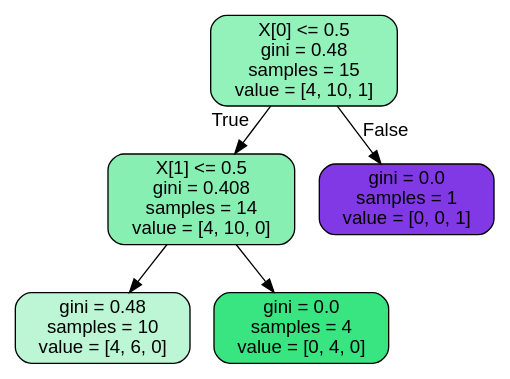
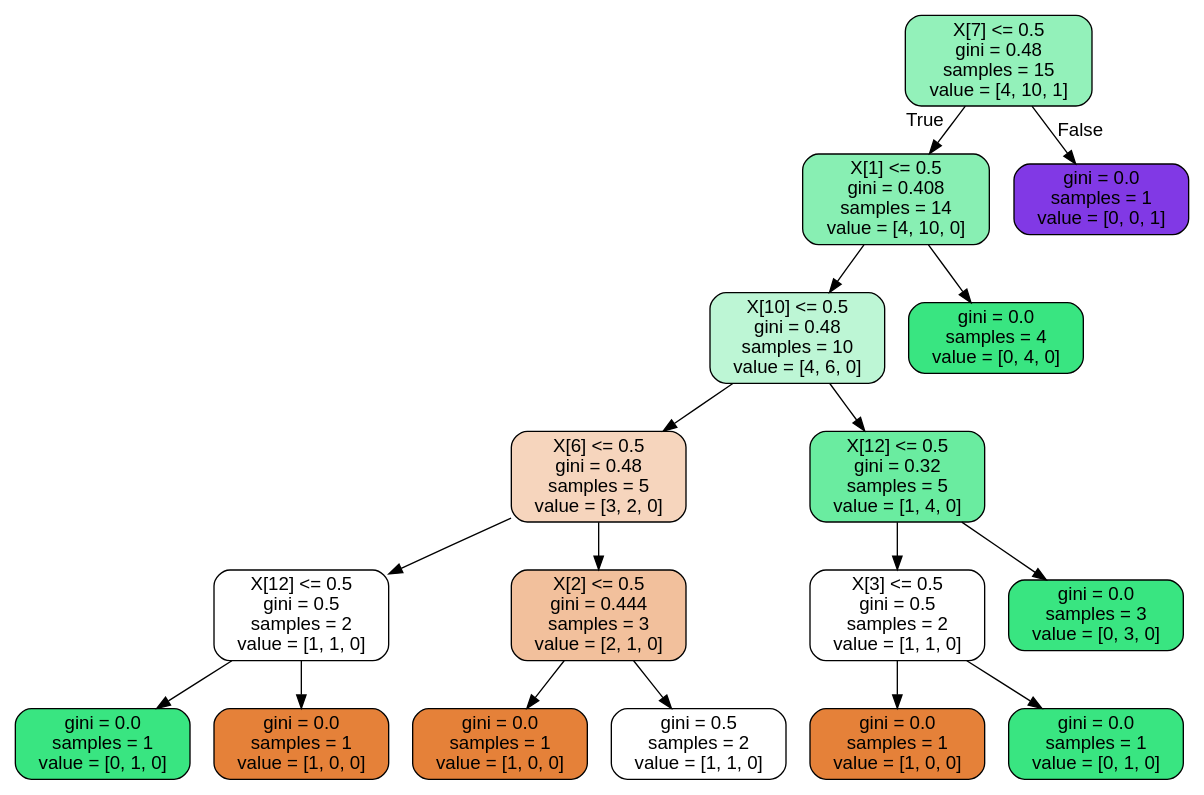
Before and after one commit to CompPhysics/MachineLearning: the diagram in doc/pub/week44/ipynb/Datafiles/ride.dot, drawn with Graphviz. The commit also changed 3 other files, not shown here.

```diff
--- a/doc/pub/week44/ipynb/Datafiles/ride.dot
+++ b/doc/pub/week44/ipynb/Datafiles/ride.dot
@@ -1,13 +1,37 @@
 digraph Tree {
 node [shape=box, style="filled, rounded", color="black", fontname="helvetica"] ;
 edge [fontname="helvetica"] ;
-0 [label="X[0] <= 0.5\ngini = 0.48\nsamples = 15\nvalue = [4, 10, 1]", fillcolor="#93f1ba"] ;
+0 [label="X[7] <= 0.5\ngini = 0.48\nsamples = 15\nvalue = [4, 10, 1]", fillcolor="#93f1ba"] ;
 1 [label="X[1] <= 0.5\ngini = 0.408\nsamples = 14\nvalue = [4, 10, 0]", fillcolor="#88efb3"] ;
 0 -> 1 [labeldistance=2.5, labelangle=45, headlabel="True"] ;
-2 [label="gini = 0.48\nsamples = 10\nvalue = [4, 6, 0]", fillcolor="#bdf6d5"] ;
+2 [label="X[10] <= 0.5\ngini = 0.48\nsamples = 10\nvalue = [4, 6, 0]", fillcolor="#bdf6d5"] ;
 1 -> 2 ;
-3 [label="gini = 0.0\nsamples = 4\nvalue = [0, 4, 0]", fillcolor="#39e581"] ;
-1 -> 3 ;
-4 [label="gini = 0.0\nsamples = 1\nvalue = [0, 0, 1]", fillcolor="#8139e5"] ;
-0 -> 4 [labeldistance=2.5, labelangle=-45, headlabel="False"] ;
+3 [label="X[6] <= 0.5\ngini = 0.48\nsamples = 5\nvalue = [3, 2, 0]", fillcolor="#f6d5bd"] ;
+2 -> 3 ;
+4 [label="X[12] <= 0.5\ngini = 0.5\nsamples = 2\nvalue = [1, 1, 0]", fillcolor="#ffffff"] ;
+3 -> 4 ;
+5 [label="gini = 0.0\nsamples = 1\nvalue = [0, 1, 0]", fillcolor="#39e581"] ;
+4 -> 5 ;
+6 [label="gini = 0.0\nsamples = 1\nvalue = [1, 0, 0]", fillcolor="#e58139"] ;
+4 -> 6 ;
+7 [label="X[2] <= 0.5\ngini = 0.444\nsamples = 3\nvalue = [2, 1, 0]", fillcolor="#f2c09c"] ;
+3 -> 7 ;
+8 [label="gini = 0.0\nsamples = 1\nvalue = [1, 0, 0]", fillcolor="#e58139"] ;
+7 -> 8 ;
+9 [label="gini = 0.5\nsamples = 2\nvalue = [1, 1, 0]", fillcolor="#ffffff"] ;
+7 -> 9 ;
+10 [label="X[12] <= 0.5\ngini = 0.32\nsamples = 5\nvalue = [1, 4, 0]", fillcolor="#6aeca0"] ;
+2 -> 10 ;
+11 [label="X[3] <= 0.5\ngini = 0.5\nsamples = 2\nvalue = [1, 1, 0]", fillcolor="#ffffff"] ;
+10 -> 11 ;
+12 [label="gini = 0.0\nsamples = 1\nvalue = [1, 0, 0]", fillcolor="#e58139"] ;
+11 -> 12 ;
+13 [label="gini = 0.0\nsamples = 1\nvalue = [0, 1, 0]", fillcolor="#39e581"] ;
+11 -> 13 ;
+14 [label="gini = 0.0\nsamples = 3\nvalue = [0, 3, 0]", fillcolor="#39e581"] ;
+10 -> 14 ;
+15 [label="gini = 0.0\nsamples = 4\nvalue = [0, 4, 0]", fillcolor="#39e581"] ;
+1 -> 15 ;
+16 [label="gini = 0.0\nsamples = 1\nvalue = [0, 0, 1]", fillcolor="#8139e5"] ;
+0 -> 16 [labeldistance=2.5, labelangle=-45, headlabel="False"] ;
 }
```
